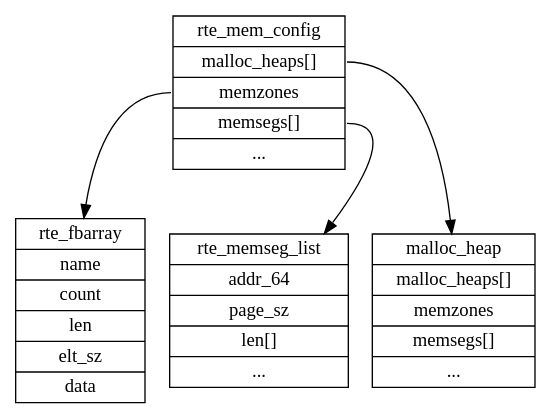
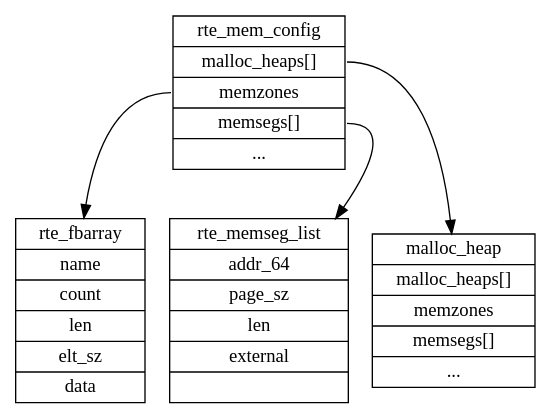
Before and after one commit to sisyphus1212/note: the diagram in dpdk/内存管理.md, drawn with Graphviz.

Commit message:
auto_update

````diff
--- a/dpdk/内存管理.md
+++ b/dpdk/内存管理.md
@@ -16,48 +16,49 @@
 ```graphviz
 digraph {
 	rte_mem_config[
 		label = "{
 		<f0>rte_mem_config|
         <f1>malloc_heaps[]|
 		<f2>memzones|
 		<f3>memsegs[]|
 		<f4>...
 		}",
 		shape = "record"
 	];
 	rte_fbarray[
 		label = "{
 		rte_fbarray|
         name|
 		count|
 		len|
 		elt_sz|
 		data
 		}",
 		shape = "record"
 	];
 	rte_memseg_list[
 		label = "{
 		<f0>rte_memseg_list|
 		<f1>addr_64|
 		<f2>page_sz|
-		<f3>len[]|
-		<f4>...
+		<f3>len|
+		<f4>external|
+
 		}",
 		shape = "record"
 	];
 	malloc_heap[
 		label = "{
 		malloc_heap|
         malloc_heaps[]|
 		memzones|
 		memsegs[]|
 		...
 		}",
 		shape = "record"
 	];
 	rte_mem_config:f1 -> malloc_heap
 	rte_mem_config:f2 -> rte_fbarray
 	rte_mem_config:f3 -> rte_memseg_list
 }
 ```
````
